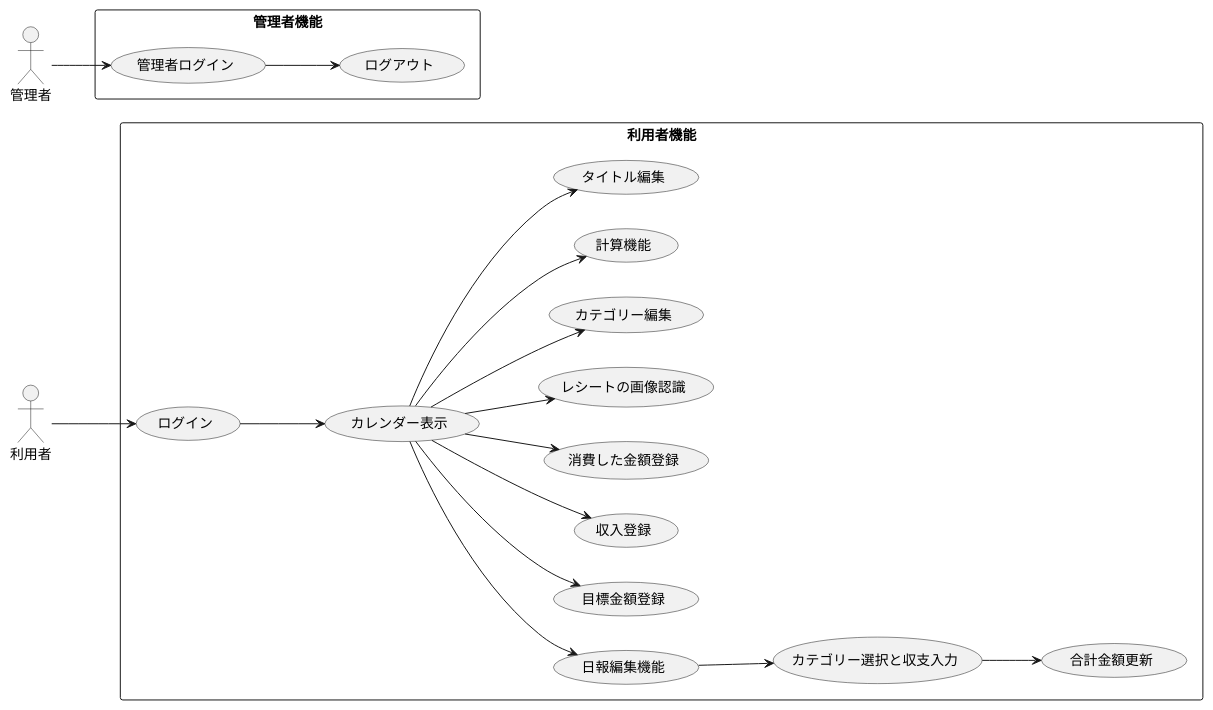
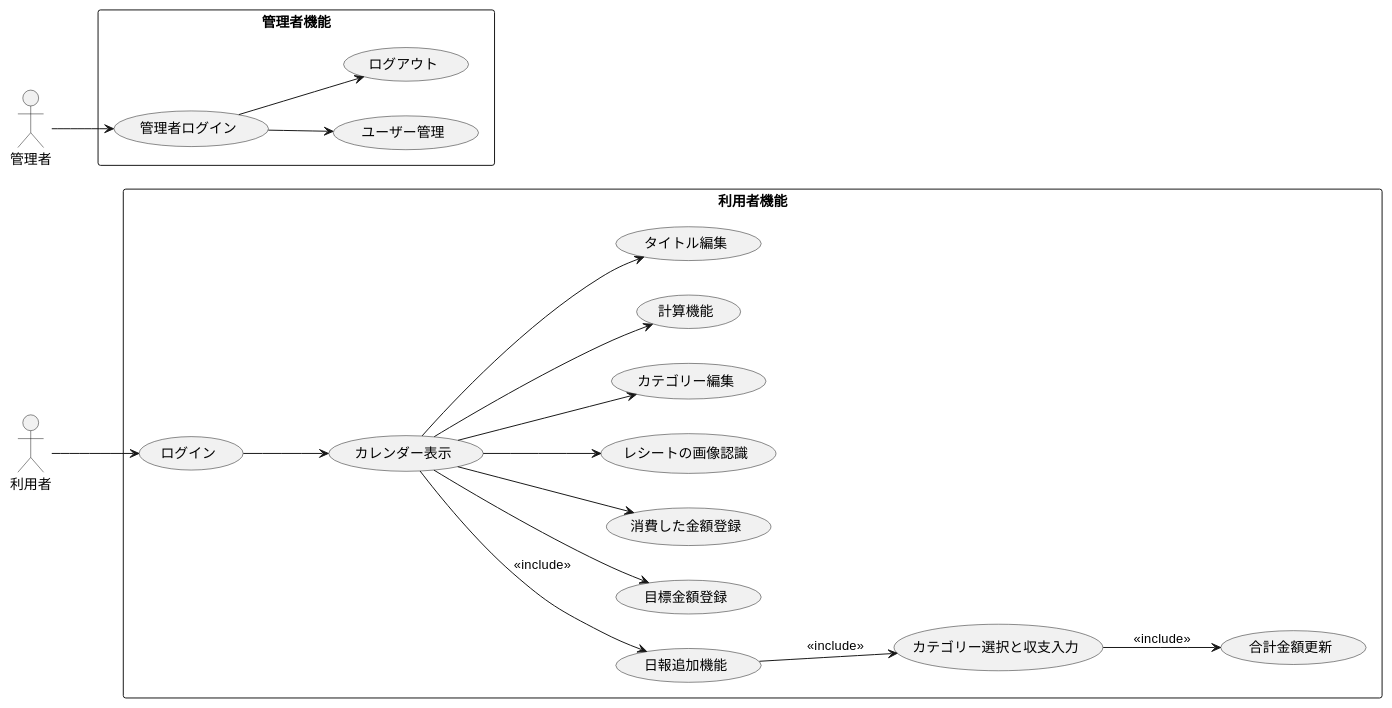
Before and after one commit to masakan590/uml-introduction: the diagram in test.pu, drawn with PlantUML. The commit also changed 1 other file, not shown here.

```diff
--- a/test.pu
+++ b/test.pu
@@ -1,48 +1,48 @@
 @startuml
 left to right direction
 actor 利用者 as user
 actor 管理者 as admin
 
 rectangle 利用者機能 {
   usecase ログイン as login
   usecase カレンダー表示 as show_calendar
   usecase 日報作成 as create_report
   usecase カテゴリー選択と収支入力 as select_category_input
   usecase 合計金額更新 as update_total
   usecase 目標金額登録 as set_goal
-  usecase 収入登録 as add_income
   usecase 消費した金額登録 as add_expense
   usecase レシートの画像認識 as image_recognition
   usecase カテゴリー編集 as manage_category
   usecase 計算機能 as calculations
   usecase タイトル編集 as edit_title
-  usecase 日報編集機能 as create_report
+  usecase 日報追加機能 as create_report
   
   
   user --> login
   login --> show_calendar
   show_calendar --> set_goal
-  show_calendar --> add_income
   show_calendar --> add_expense
   show_calendar --> image_recognition
   show_calendar --> manage_category
   show_calendar --> calculations
   show_calendar --> edit_title
-  show_calendar --> create_report
-  create_report --> select_category_input
-  select_category_input --> update_total
+  show_calendar --> create_report :<<include>>
+  create_report --> select_category_input :<<include>>
+  select_category_input --> update_total :<<include>>
   
 }
 
 
 
 rectangle 管理者機能 {
   usecase 管理者ログイン as admin_login
+  usecase ユーザー管理 as user_kan
   usecase ログアウト as account_logout
 
   admin --> admin_login
+  admin_login --> user_kan
   admin_login --> account_logout
 }
 
 
 @enduml
```
